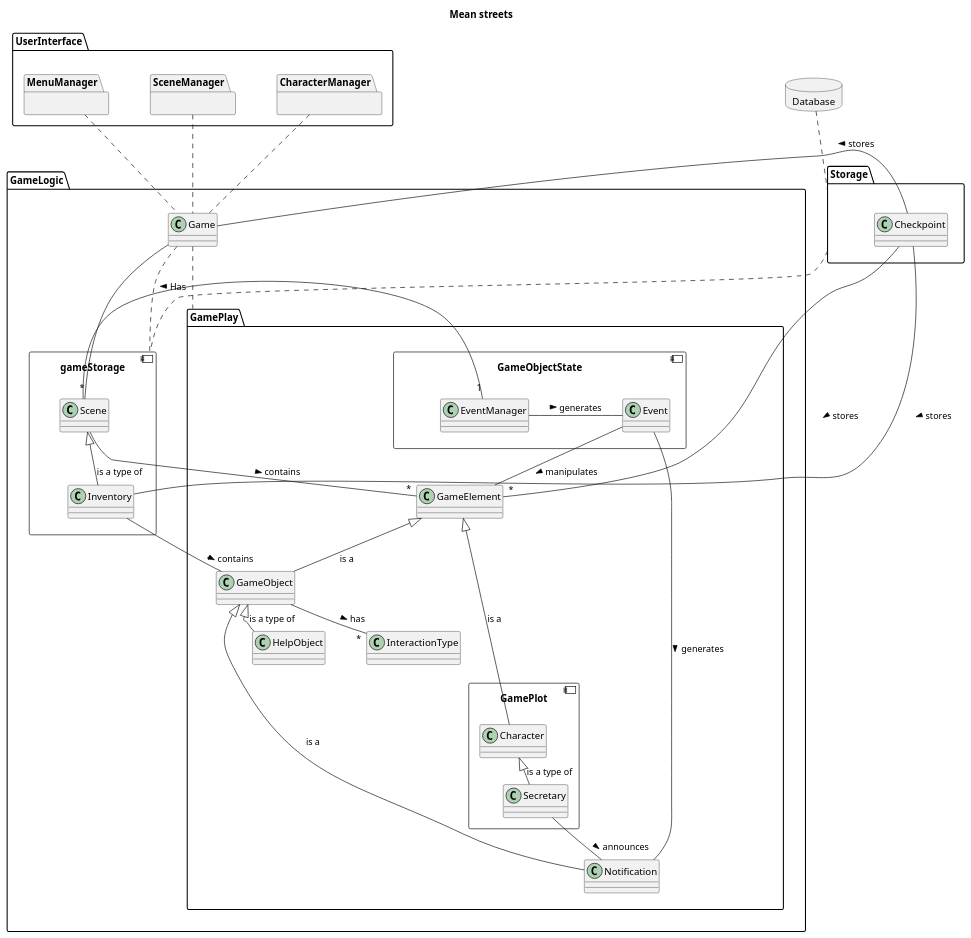
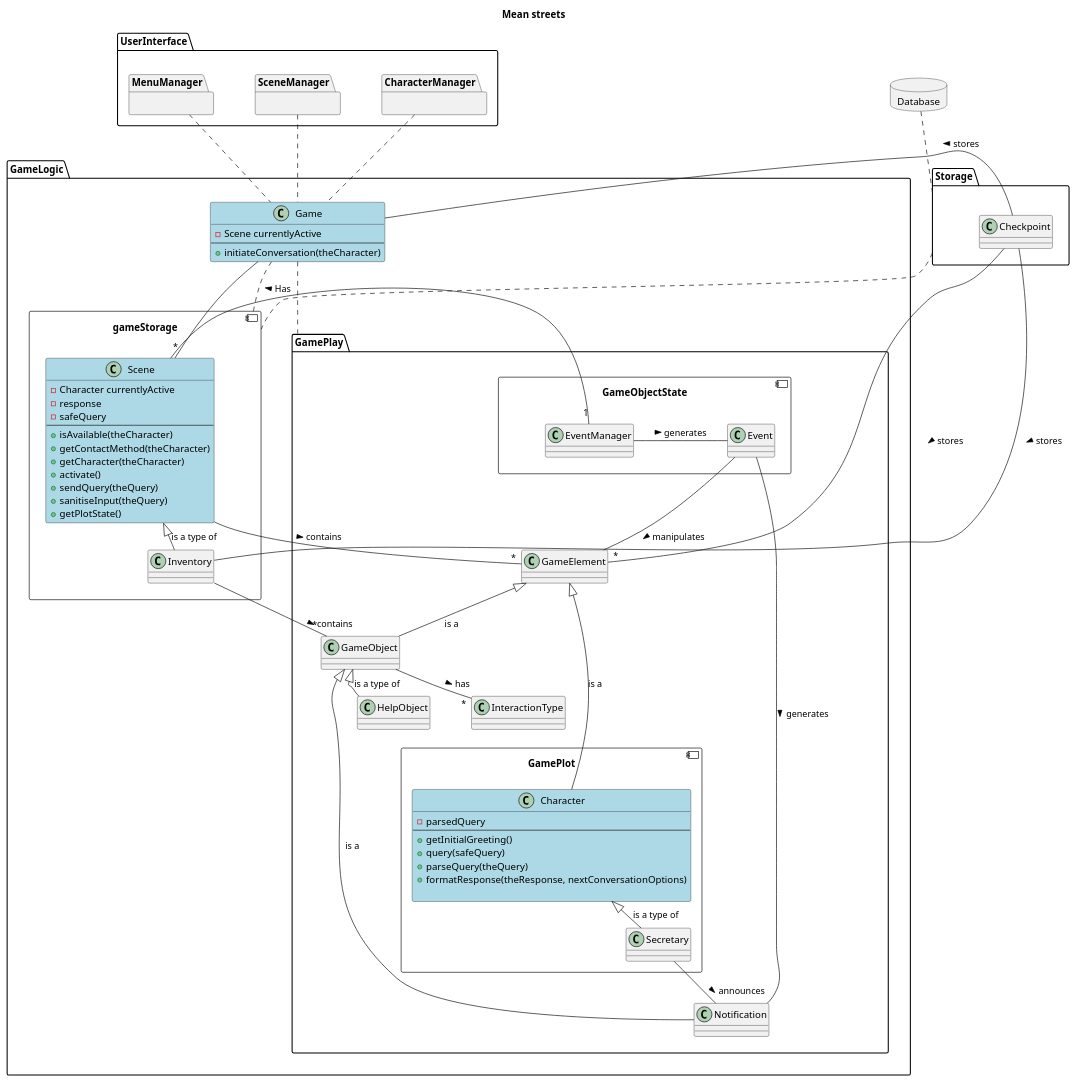
One commit to NoahHakansson/SE-PA1460 changed the diagram in packageDiagram.pu. Above: the diagram before and after it, drawn with PlantUML.

Commit message:
Added in classes to the package diagram

```diff
--- a/packageDiagram.pu
+++ b/packageDiagram.pu
@@ -1,80 +1,105 @@
 @startuml
 
 skinparam nodesep 60
 skinparam ranksep 20
 
 title Mean streets
 top to bottom direction
+
 database Database {
 }
 package UserInterface {
     package MenuManager {}
     package SceneManager {}
     package CharacterManager {}
 }
 
 package GameLogic {
-    class Game
+    class Game #LightBlue {
+        -Scene currentlyActive
+        --
+        +initiateConversation(theCharacter)
+    }
     component gameStorage {
         class Inventory
-        class Scene
+        class Scene #LightBlue {
+            -Character currentlyActive
+            -response
+            -safeQuery
+            --
+            +isAvailable(theCharacter)
+            +getContactMethod(theCharacter)
+            +getCharacter(theCharacter)
+            +activate()
+            +sendQuery(theQuery)
+            +sanitiseInput(theQuery)
+            +getPlotState()
+        }
     }
 
 
     package GamePlay {
         class InteractionType
         class GameElement
         class GameObject
         class HelpObject
         class Notification
         component GameObjectState {
             class Event
             class EventManager
         }
         component GamePlot {
             class Secretary
-            class Character
+            class Character #LightBlue{
+                -parsedQuery
+                --
+                +getInitialGreeting()
+                +query(safeQuery)
+                +parseQuery(theQuery)
+                +formatResponse(theResponse, nextConversationOptions)
+
+            }
         }
     }
 }
 
 package Storage {
     class Checkpoint
 }
 
 Database .. Storage
 MenuManager .. Game
 SceneManager .. Game
 CharacterManager .. Game
 Storage . gameStorage
 
 
 InteractionType -[hidden]up- GameObjectState
 Character -[hidden]up- GameObjectState
 Secretary -[hidden]up- GameObjectState
 Notification -[hidden]up- GameObjectState
 InteractionType -[hidden]down- Character
 
 
 Game . gameStorage
 Game .. GamePlay
 
 Game -- "*" Scene
 Checkpoint -- "*" GameElement : stores >
 Checkpoint -- Inventory : stores >
 Checkpoint - Game : stores >
 Character <|-- Secretary : is a type of
 GameElement <|-- GameObject : is a
 GameElement <|-- Character : is a
 Scene - "*" GameElement : contains >
 Scene <|-- Inventory : is a type of
 Inventory -- "*" GameObject : contains >
 EventManager "1" - Scene : Has >
 EventManager - Event : generates >
 Event -- Notification : generates >
 Event -- GameElement : manipulates >
 Secretary -- Notification : announces >
 GameObject <|-- HelpObject : is a type of
 GameObject <|-- Notification : is a
 GameObject -- "*" InteractionType : has >
 @enduml
```
